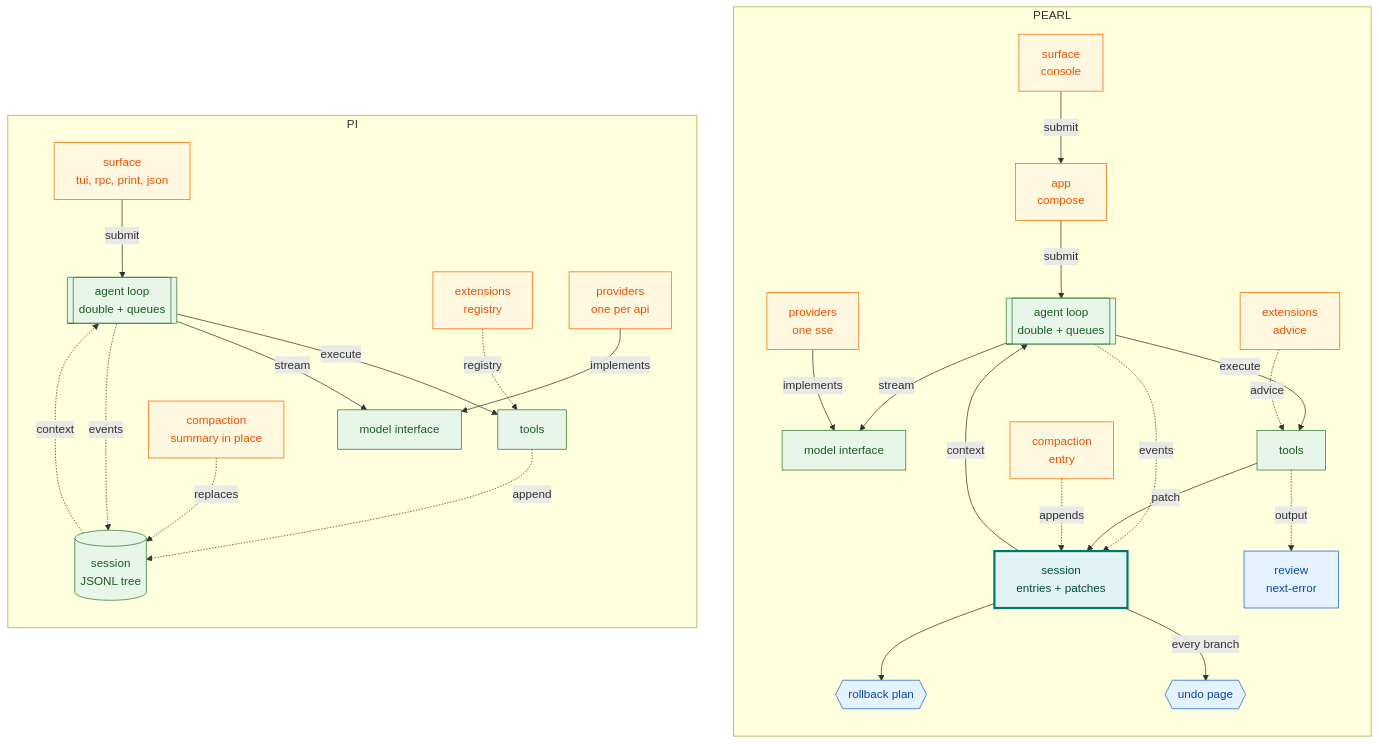
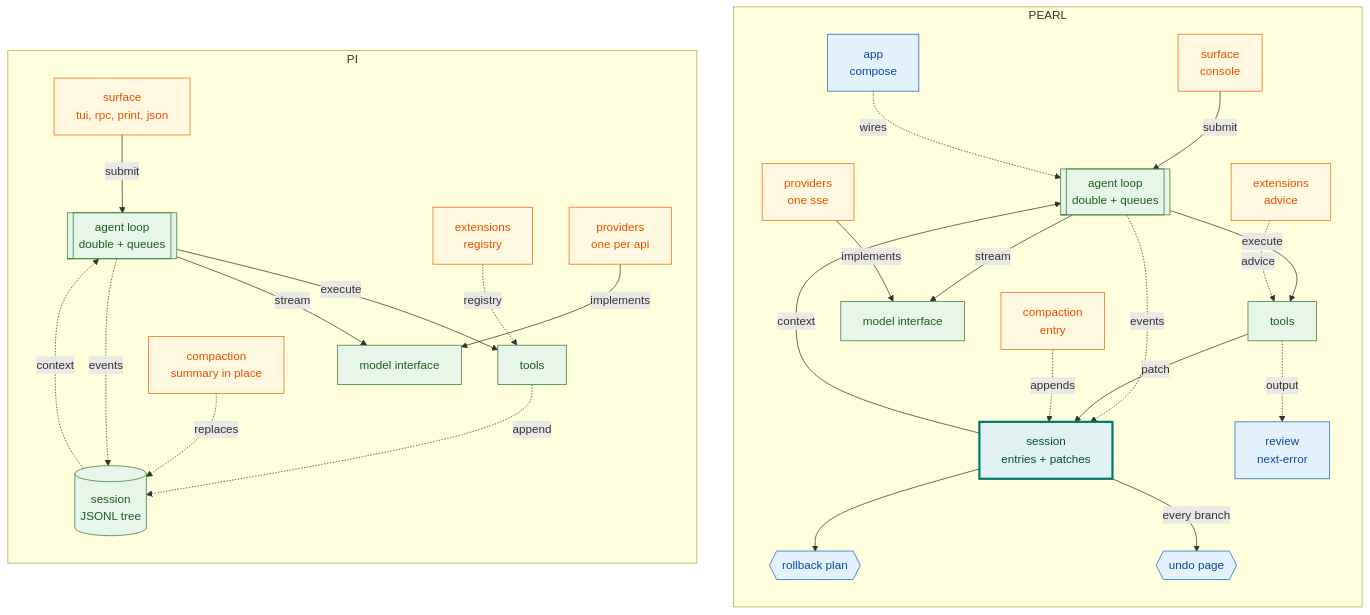
The diagram in README.md (OverbearingPearl/pearl), drawn with Mermaid before and after one commit. The commit also changed other lines of this file, not shown here.

````diff
--- a/README.md
+++ b/README.md
@@ -125,41 +132,42 @@
 ```mermaid
 flowchart TB
   subgraph R["PEARL"]
     direction TB
-    r_surf["surface<br/>console"] -->|submit| r_app["app<br/>compose"]
-    r_app -->|submit| r_loop[["agent loop<br/>double + queues"]]
+    r_surf["surface<br/>console"] -->|submit| r_loop[["agent loop<br/>double + queues"]]
+    r_app["app<br/>compose"] -.->|wires| r_loop
+    r_loop -->|execute| r_tools["tools"]
     r_loop -->|stream| r_model["model interface"]
-    r_loop -->|execute| r_tools["tools"]
     r_loop -.->|events| r_sess["session<br/>entries + patches"]
     r_tools -->|patch| r_sess
     r_sess -->|context| r_loop
     r_sess --> r_plan{{"rollback plan"}}
     r_sess -->|every branch| r_time{{"undo page"}}
     r_tools -.->|output| r_review["review<br/>next-error"]
     r_compact["compaction<br/>entry"] -.->|appends| r_sess
     r_ext["extensions<br/>advice"] -.->|advice| r_tools
     r_prov["providers<br/>one sse"] -->|implements| r_model
   end
   subgraph L["PI"]
     direction TB
     l_surf["surface<br/>tui, rpc, print, json"] -->|submit| l_loop[["agent loop<br/>double + queues"]]
     l_loop -->|execute| l_tools["tools"]
     l_loop -->|stream| l_model["model interface"]
     l_loop -.->|events| l_sess[("session<br/>JSONL tree")]
     l_tools -.->|append| l_sess
     l_sess -.->|context| l_loop
     l_compact["compaction<br/>summary in place"] -.->|replaces| l_sess
     l_ext["extensions<br/>registry"] -.->|registry| l_tools
     l_prov["providers<br/>one per api"] -->|implements| l_model
   end
   classDef keep fill:#e8f5e9,stroke:#2e7d32,color:#1b5e20
   classDef moved fill:#e0f2f1,stroke:#00796b,color:#004d40,stroke-width:3px
   classDef added fill:#e3f2fd,stroke:#1565c0,color:#0d47a1
   classDef changed fill:#fff8e1,stroke:#ef6c00,color:#e65100
   class l_loop,l_model,l_tools,l_sess,r_loop,r_model,r_tools keep
   class l_surf,l_ext,l_prov changed
   class r_surf,r_ext,r_prov changed
-  class l_compact,r_compact,r_app changed
+  class l_compact,r_compact changed
+  class r_app added
   class r_sess moved
   class r_plan,r_time,r_review added
 ```
````
